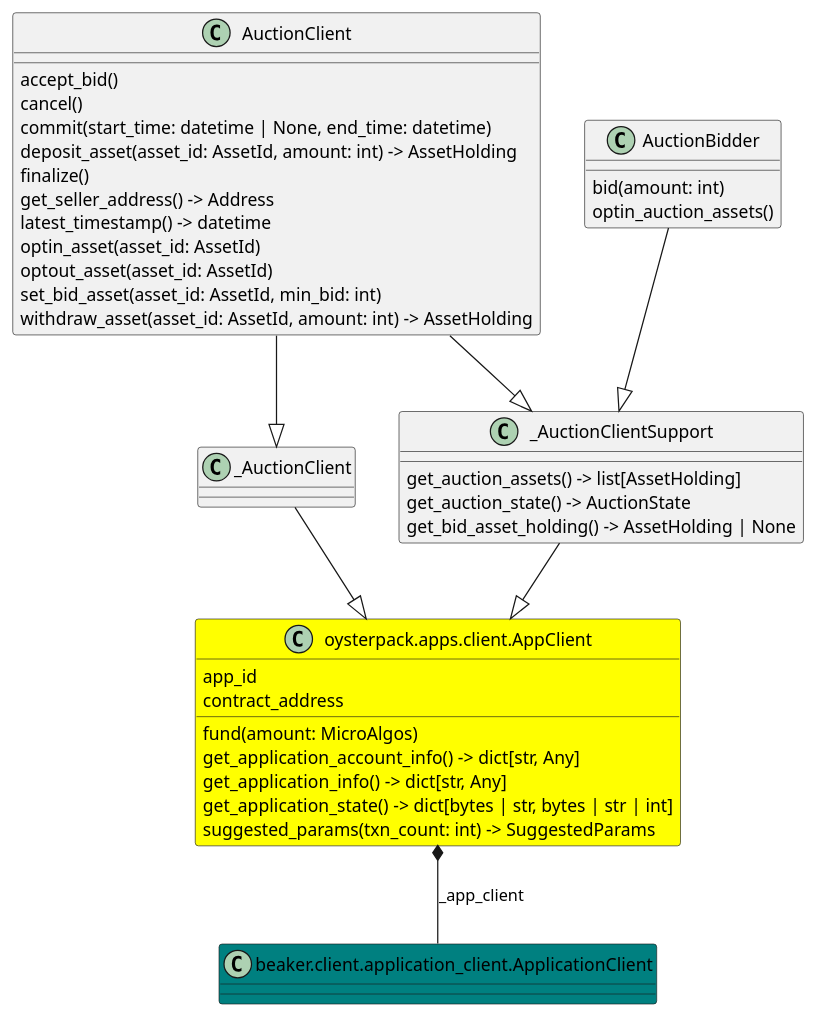
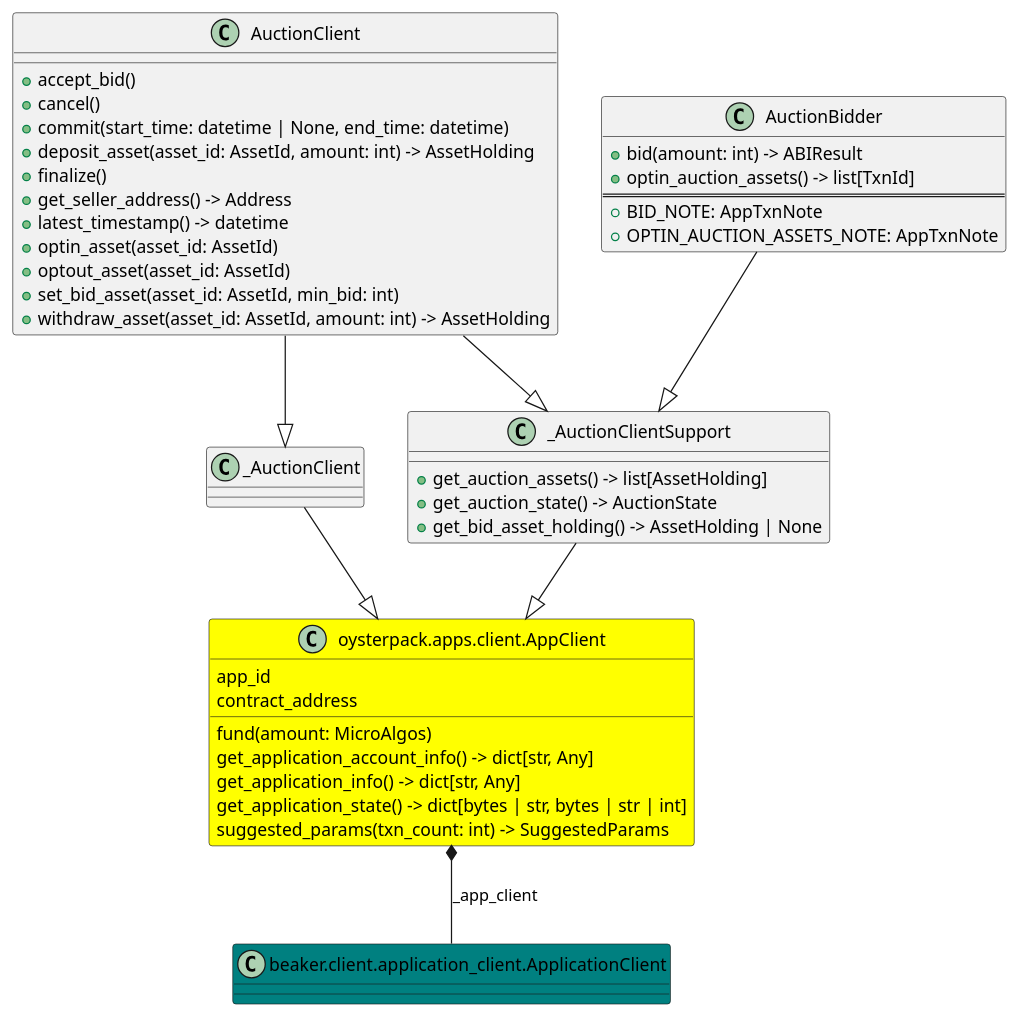
The diagram in oysterpack/oysterpack/apps/auction_app/client/auction_client.plantuml (oysterpack/oysterpack_smart), drawn with PlantUML before and after one commit. The commit also changed 12 other files, not shown here.

```diff
--- a/oysterpack/oysterpack/apps/auction_app/client/auction_client.plantuml
+++ b/oysterpack/oysterpack/apps/auction_app/client/auction_client.plantuml
@@ -1,43 +1,46 @@
 @startuml oysterpack.apps.auction_app.client.auction_client.AuctionClient
 set namespaceSeparator none
 class "AuctionClient" as oysterpack.apps.auction_app.client.auction_client.AuctionClient {
-  accept_bid()
-  cancel()
-  commit(start_time: datetime | None, end_time: datetime)
-  deposit_asset(asset_id: AssetId, amount: int) -> AssetHolding
-  finalize()
-  get_seller_address() -> Address
-  latest_timestamp() -> datetime
-  optin_asset(asset_id: AssetId)
-  optout_asset(asset_id: AssetId)
-  set_bid_asset(asset_id: AssetId, min_bid: int)
-  withdraw_asset(asset_id: AssetId, amount: int) -> AssetHolding
+  + accept_bid()
+  + cancel()
+  + commit(start_time: datetime | None, end_time: datetime)
+  + deposit_asset(asset_id: AssetId, amount: int) -> AssetHolding
+  + finalize()
+  + get_seller_address() -> Address
+  + latest_timestamp() -> datetime
+  + optin_asset(asset_id: AssetId)
+  + optout_asset(asset_id: AssetId)
+  + set_bid_asset(asset_id: AssetId, min_bid: int)
+  + withdraw_asset(asset_id: AssetId, amount: int) -> AssetHolding
 }
 class "_AuctionClient" as oysterpack.apps.auction_app.client.auction_client._AuctionClient {
 }
 class "_AuctionClientSupport" as oysterpack.apps.auction_app.client.auction_client._AuctionClientSupport {
-  get_auction_assets() -> list[AssetHolding]
-  get_auction_state() -> AuctionState
-  get_bid_asset_holding() -> AssetHolding | None
+  + get_auction_assets() -> list[AssetHolding]
+  + get_auction_state() -> AuctionState
+  + get_bid_asset_holding() -> AssetHolding | None
 }
 class "AuctionBidder" as oysterpack.apps.auction_app.client.auction_client.AuctionBidder {
-  bid(amount: int)
-  optin_auction_assets()
+  + bid(amount: int) -> ABIResult
+  + optin_auction_assets() -> list[TxnId]
+  ==
+  + BID_NOTE: AppTxnNote
+  + OPTIN_AUCTION_ASSETS_NOTE: AppTxnNote
 }
 class "oysterpack.apps.client.AppClient" as oysterpack.apps.client.AppClient #yellow {
   app_id
   contract_address
   fund(amount: MicroAlgos)
   get_application_account_info() -> dict[str, Any]
   get_application_info() -> dict[str, Any]
   get_application_state() -> dict[bytes | str, bytes | str | int]
   suggested_params(txn_count: int) -> SuggestedParams
 }
 class beaker.client.application_client.ApplicationClient #teal
 oysterpack.apps.auction_app.client.auction_client.AuctionClient --|> oysterpack.apps.auction_app.client.auction_client._AuctionClient
 oysterpack.apps.auction_app.client.auction_client.AuctionClient --|> oysterpack.apps.auction_app.client.auction_client._AuctionClientSupport
 oysterpack.apps.auction_app.client.auction_client._AuctionClient --|> oysterpack.apps.client.AppClient
 oysterpack.apps.auction_app.client.auction_client.AuctionBidder --|> oysterpack.apps.auction_app.client.auction_client._AuctionClientSupport
 oysterpack.apps.auction_app.client.auction_client._AuctionClientSupport --|> oysterpack.apps.client.AppClient
 beaker.client.application_client.ApplicationClient -up-* oysterpack.apps.client.AppClient : _app_client
 @enduml
```
